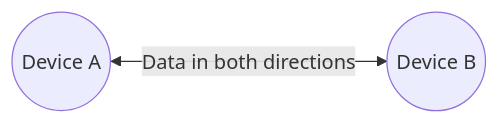
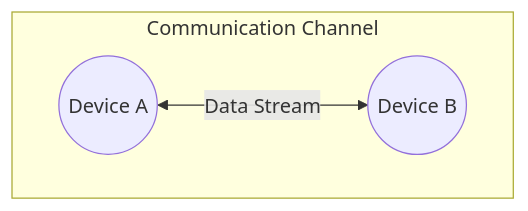
One commit to aswath0001/Internet-Networking changed the first of 3 diagrams in 11.md. Above: the diagram before and after it, drawn with Mermaid. The commit also changed other lines of this file, not shown here.

````diff
--- a/11.md
+++ b/11.md
@@ -1252,4 +35,6 @@
-``` mermaid
-flowchart LR
-    A((Device A)) <-->|Data in both directions| B((Device B))
+```mermaid
+graph TD
+    subgraph Communication Channel
+        A((Device A)) <-->|Data Stream| B((Device B))
+    end
 ```
````
